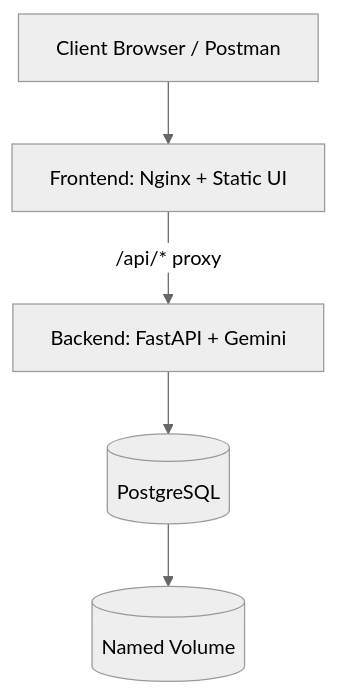
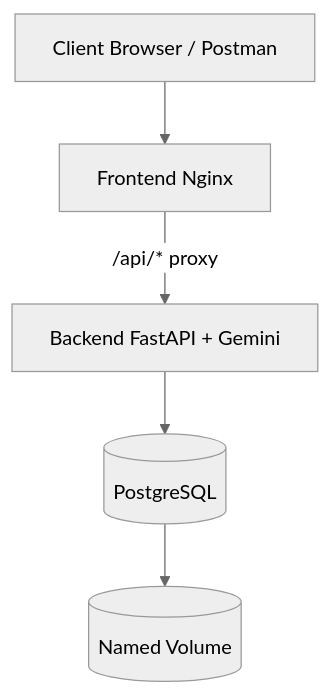
The diagram in README.md (sainisourab/containerization-and-devops-labb), drawn with Mermaid (neutral theme) before and after one commit. The commit also changed other lines of this file, not shown here.

````diff
--- a/README.md
+++ b/README.md
@@ -39,7 +48,7 @@
 ```mermaid
 flowchart TD
-    C[Client Browser / Postman] --> F[Frontend: Nginx + Static UI]
-    F -->|/api/* proxy| B[Backend: FastAPI + Gemini]
+    C[Client Browser / Postman] --> F[Frontend Nginx]
+    F -->|/api/* proxy| B[Backend FastAPI + Gemini]
     B --> D[(PostgreSQL)]
     D --> V[(Named Volume)]
 ```
````
